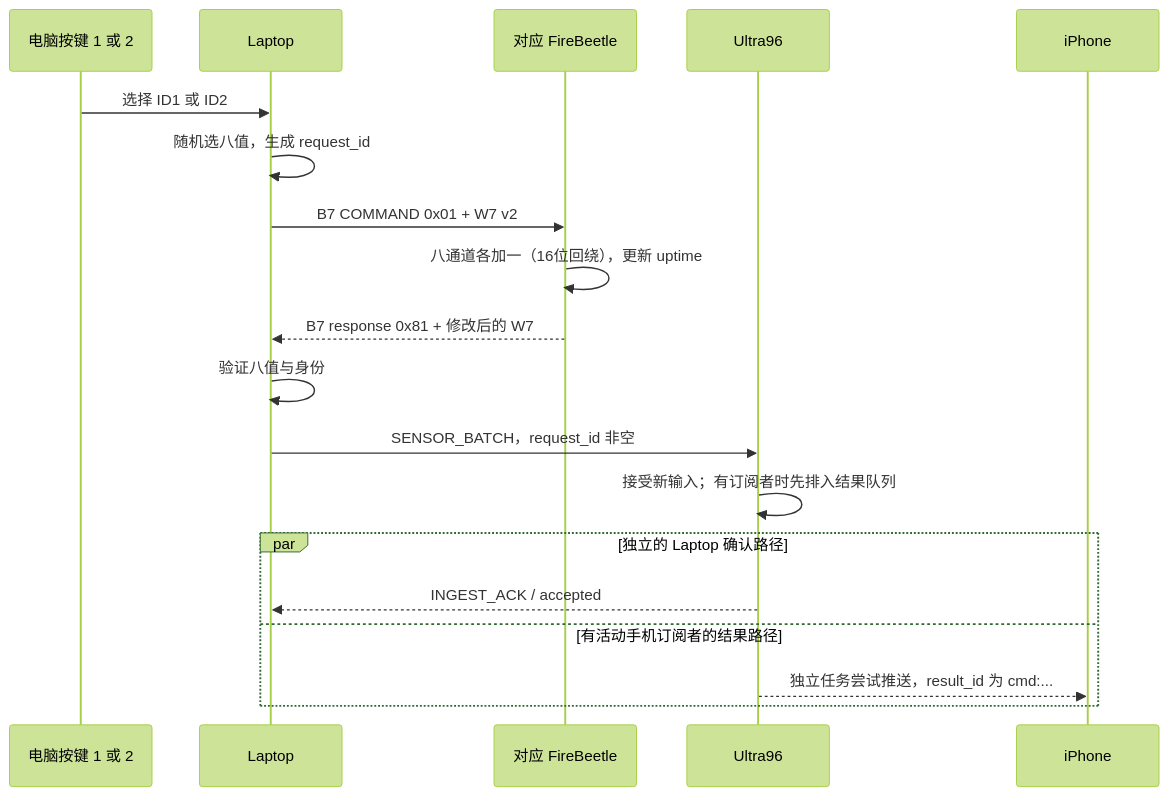
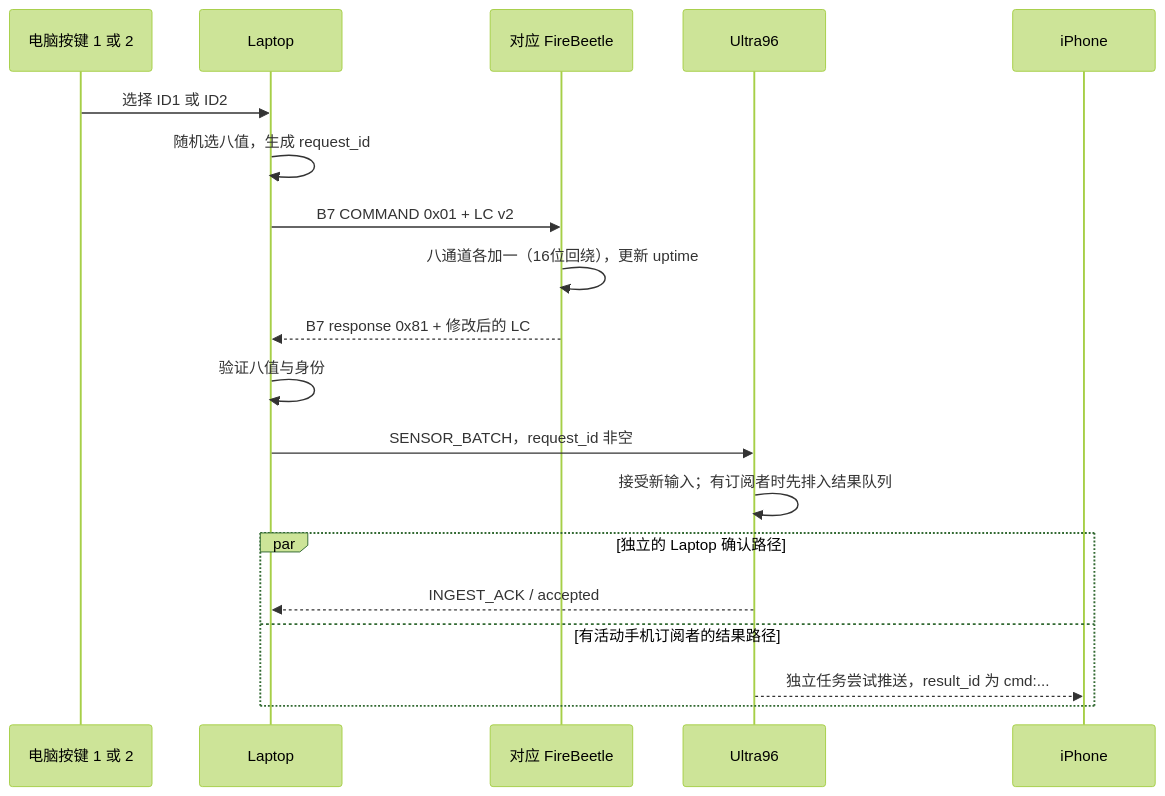
Before and after one commit to olsonwangyj/Let-Them-Cook: the fourth of 4 diagrams in docs/B07-CO-protocol-explained.zh-CN.md, drawn with Mermaid (forest theme). The commit also changed other lines of this file and 3 other files, not shown here.

````diff
--- a/docs/B07-CO-protocol-explained.zh-CN.md
+++ b/docs/B07-CO-protocol-explained.zh-CN.md
@@ -458,21 +458,21 @@
 ```mermaid
 sequenceDiagram
     participant K as 电脑按键 1 或 2
     participant L as Laptop
     participant E as 对应 FireBeetle
     participant U as Ultra96
     participant P as iPhone
     K->>L: 选择 ID1 或 ID2
     L->>L: 随机选八值，生成 request_id
-    L->>E: B7 COMMAND 0x01 + W7 v2
+    L->>E: B7 COMMAND 0x01 + LC v2
     E->>E: 八通道各加一（16位回绕），更新 uptime
-    E-->>L: B7 response 0x81 + 修改后的 W7
+    E-->>L: B7 response 0x81 + 修改后的 LC
     L->>L: 验证八值与身份
     L->>U: SENSOR_BATCH，request_id 非空
     U->>U: 接受新输入；有订阅者时先排入结果队列
     par 独立的 Laptop 确认路径
         U-->>L: INGEST_ACK / accepted
     and 有活动手机订阅者的结果路径
         U-->>P: 独立任务尝试推送，result_id 为 cmd:...
     end
 ```
````
